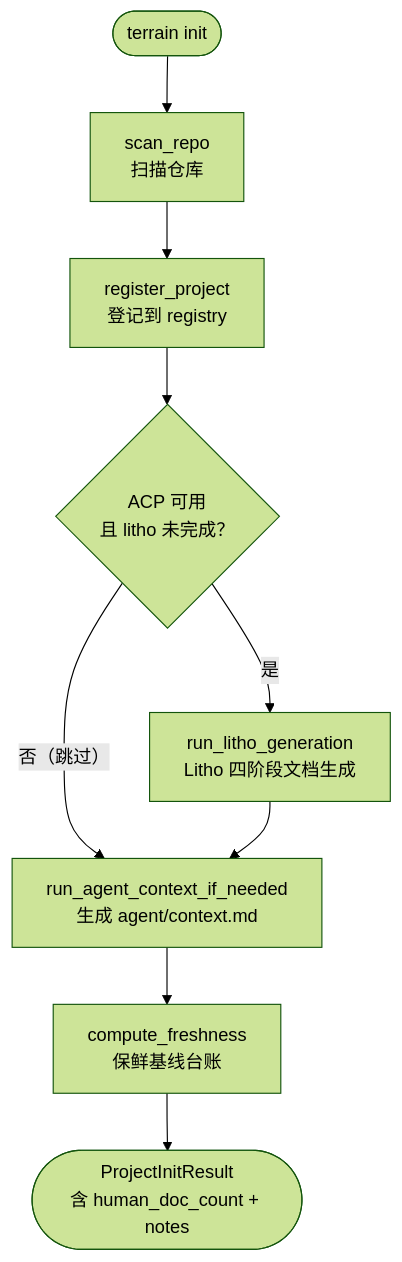
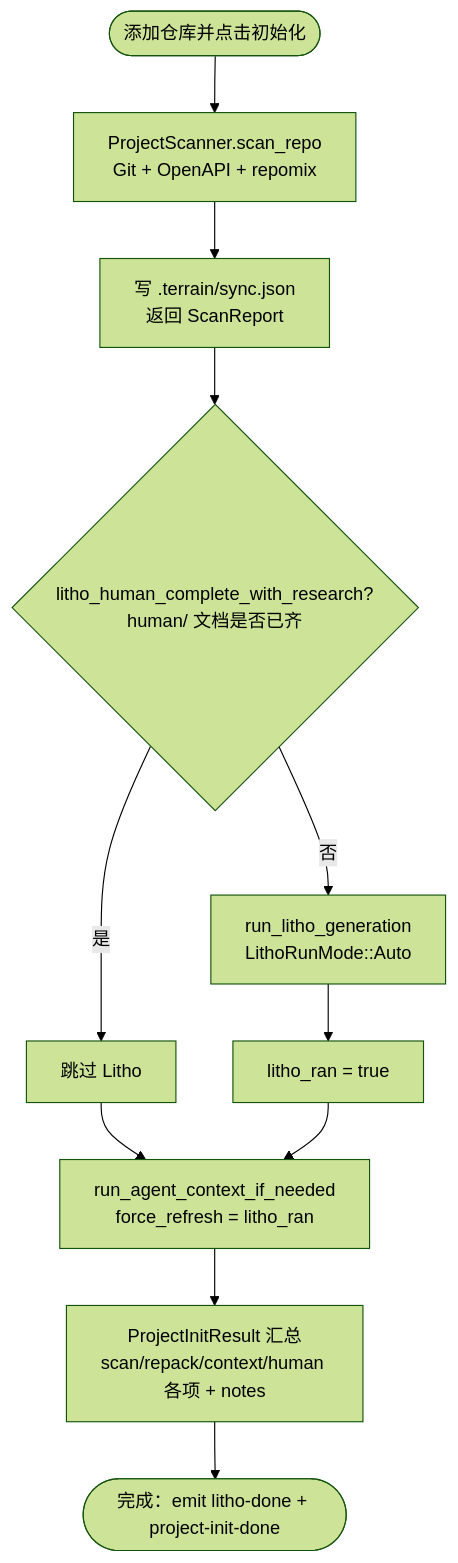
The second of 11 diagrams in .terrain/human/3.工作流.md (sopaco/terrain), drawn with Mermaid (forest theme) before and after one commit. The commit also changed other lines of this file and 29 other files, not shown here.

````diff
--- a/.terrain/human/3.工作流.md
+++ b/.terrain/human/3.工作流.md
@@ -45,11 +50,13 @@
 ```mermaid
 flowchart TD
-    Start(["terrain init <path>"]) --> SCAN["scan_repo<br/>扫描仓库"]
-    SCAN --> REG["register_project<br/>登记到 registry"]
-    REG --> LITHO_CHECK{"ACP 可用<br/>且 litho 未完成？"}
-    LITHO_CHECK -->|"是"| LITHO["run_litho_generation<br/>Litho 四阶段文档生成"]
-    LITHO_CHECK -->|"否（跳过）"| CTX
-    LITHO --> CTX["run_agent_context_if_needed<br/>生成 agent/context.md"]
-    CTX --> FR["compute_freshness<br/>保鲜基线台账"]
-    FR --> RESULT(["ProjectInitResult<br/>含 human_doc_count + notes"])
+    Start([添加仓库并点击初始化]) --> A["ProjectScanner.scan_repo<br/>Git + OpenAPI + repomix"]
+    A --> B["写 .terrain/sync.json<br/>返回 ScanReport"]
+    B --> C{"litho_human_complete_with_research?<br/>human/ 文档是否已齐"}
+    C -- 否 --> D["run_litho_generation<br/>LithoRunMode::Auto"]
+    D --> E["litho_ran = true"]
+    C -- 是 --> F["跳过 Litho"]
+    F --> G["run_agent_context_if_needed<br/>force_refresh = litho_ran"]
+    E --> G
+    G --> H["ProjectInitResult 汇总<br/>scan/repack/context/human 各项 + notes"]
+    H --> End2([完成：emit litho-done + project-init-done])
 ```
````
